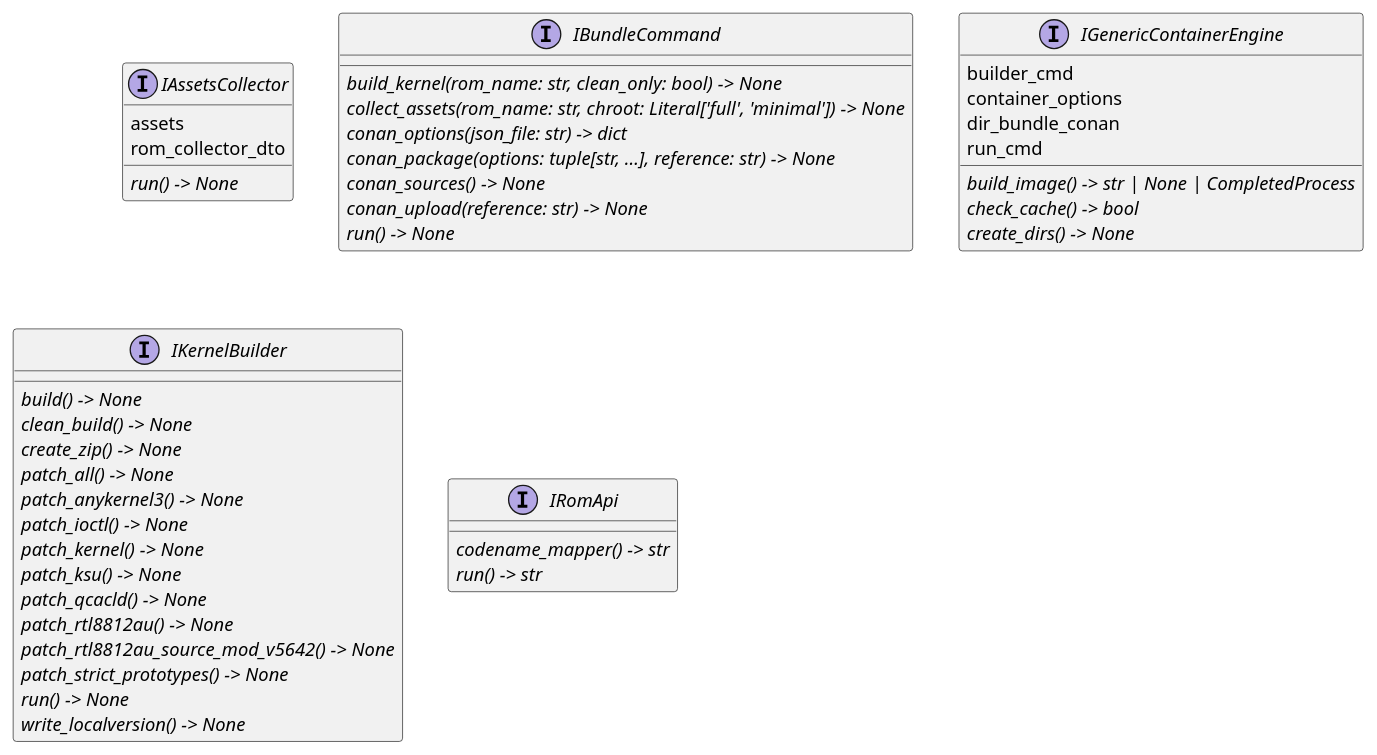
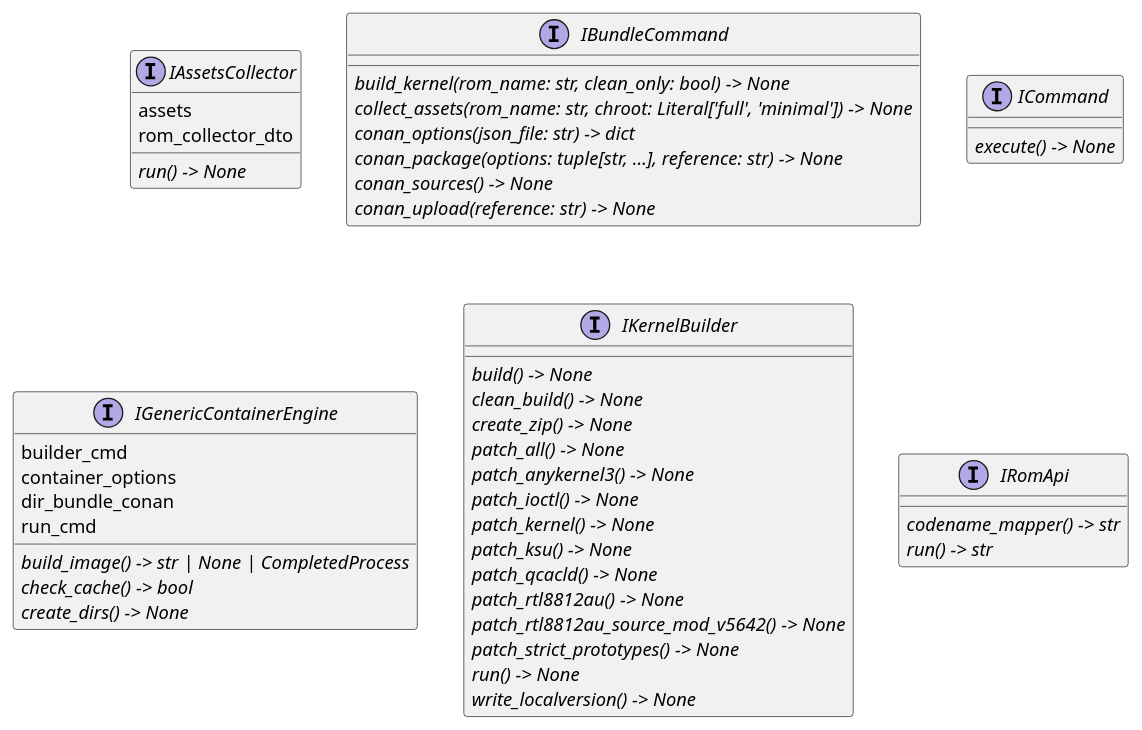
Before and after one commit to seppzer0/zero_kernel: the diagram in docs/architecture/interfaces/classes.puml, drawn with PlantUML. The commit also changed 13 other files, not shown here.

```diff
--- a/docs/architecture/interfaces/classes.puml
+++ b/docs/architecture/interfaces/classes.puml
@@ -1,46 +1,48 @@
 @startuml classes
 set namespaceSeparator none
 interface "IAssetsCollector" as interfaces.modules.IAssetsCollector {
   assets
   rom_collector_dto
   {abstract}run() -> None
 }
 interface "IBundleCommand" as interfaces.commands.IBundleCommand {
   {abstract}build_kernel(rom_name: str, clean_only: bool) -> None
   {abstract}collect_assets(rom_name: str, chroot: Literal['full', 'minimal']) -> None
   {abstract}conan_options(json_file: str) -> dict
   {abstract}conan_package(options: tuple[str, ...], reference: str) -> None
   {abstract}conan_sources() -> None
   {abstract}conan_upload(reference: str) -> None
-  {abstract}run() -> None
+}
+interface "ICommand" as interfaces.commands.ICommand {
+  {abstract}execute() -> None
 }
 interface "IGenericContainerEngine" as interfaces.engines.IGenericContainerEngine {
   builder_cmd
   container_options
   dir_bundle_conan
   run_cmd
   {abstract}build_image() -> str | None | CompletedProcess
   {abstract}check_cache() -> bool
   {abstract}create_dirs() -> None
 }
 interface "IKernelBuilder" as interfaces.modules.IKernelBuilder {
   {abstract}build() -> None
   {abstract}clean_build() -> None
   {abstract}create_zip() -> None
   {abstract}patch_all() -> None
   {abstract}patch_anykernel3() -> None
   {abstract}patch_ioctl() -> None
   {abstract}patch_kernel() -> None
   {abstract}patch_ksu() -> None
   {abstract}patch_qcacld() -> None
   {abstract}patch_rtl8812au() -> None
   {abstract}patch_rtl8812au_source_mod_v5642() -> None
   {abstract}patch_strict_prototypes() -> None
   {abstract}run() -> None
   {abstract}write_localversion() -> None
 }
 interface "IRomApi" as interfaces.clients.IRomApi {
   {abstract}codename_mapper() -> str
   {abstract}run() -> str
 }
 @enduml
```
